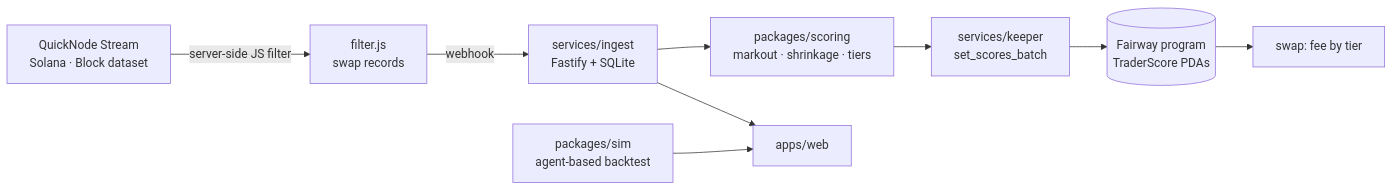
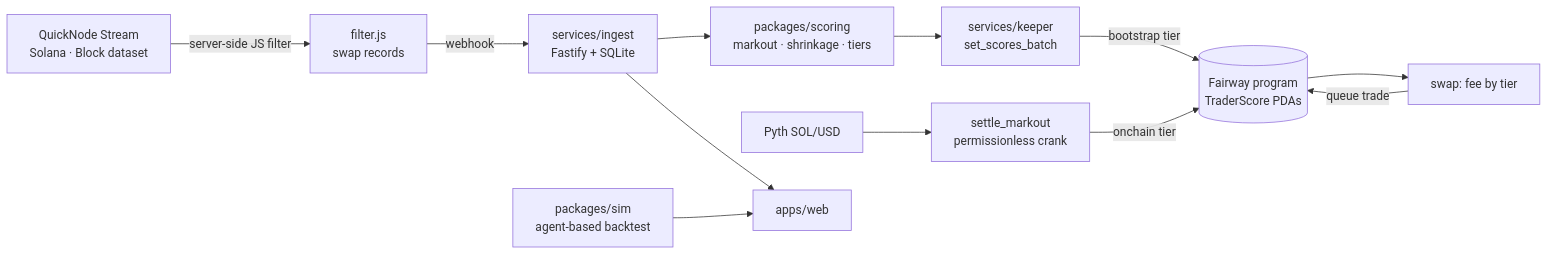
The diagram in README.md (parthjatia/fairway), drawn with Mermaid before and after one commit. The commit also changed other lines of this file and 47 other files, not shown here.

````diff
--- a/README.md
+++ b/README.md
@@ -32,11 +33,14 @@
 ```mermaid
 flowchart LR
   S[QuickNode Stream<br/>Solana · Block dataset] -->|server-side JS filter| F[filter.js<br/>swap records]
   F -->|webhook| I[services/ingest<br/>Fastify + SQLite]
   I --> SC[packages/scoring<br/>markout · shrinkage · tiers]
   SC --> K[services/keeper<br/>set_scores_batch]
-  K --> P[(Fairway program<br/>TraderScore PDAs)]
+  K -->|bootstrap tier| P[(Fairway program<br/>TraderScore PDAs)]
   P --> SW[swap: fee by tier]
+  SW -->|queue trade| P
+  PY[Pyth SOL/USD] --> ST[settle_markout<br/>permissionless crank]
+  ST -->|onchain tier| P
   I --> W[apps/web]
   SIM[packages/sim<br/>agent-based backtest] --> W
 ```
````
